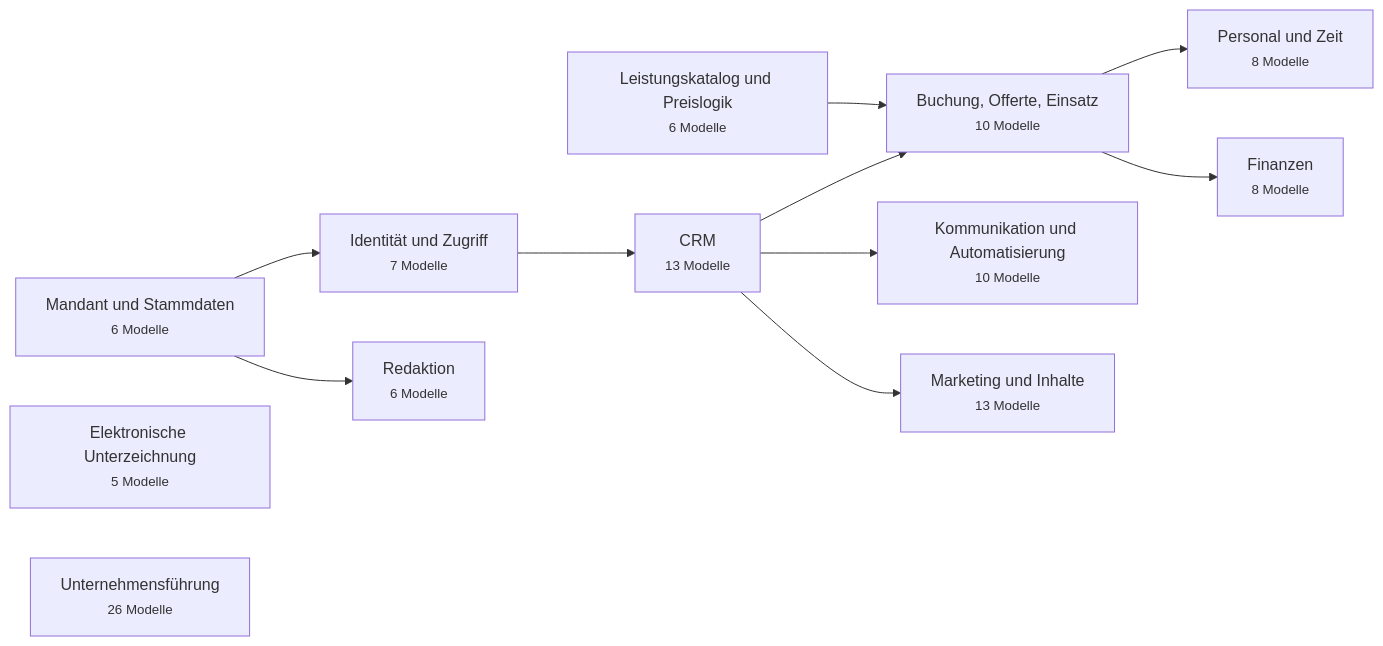
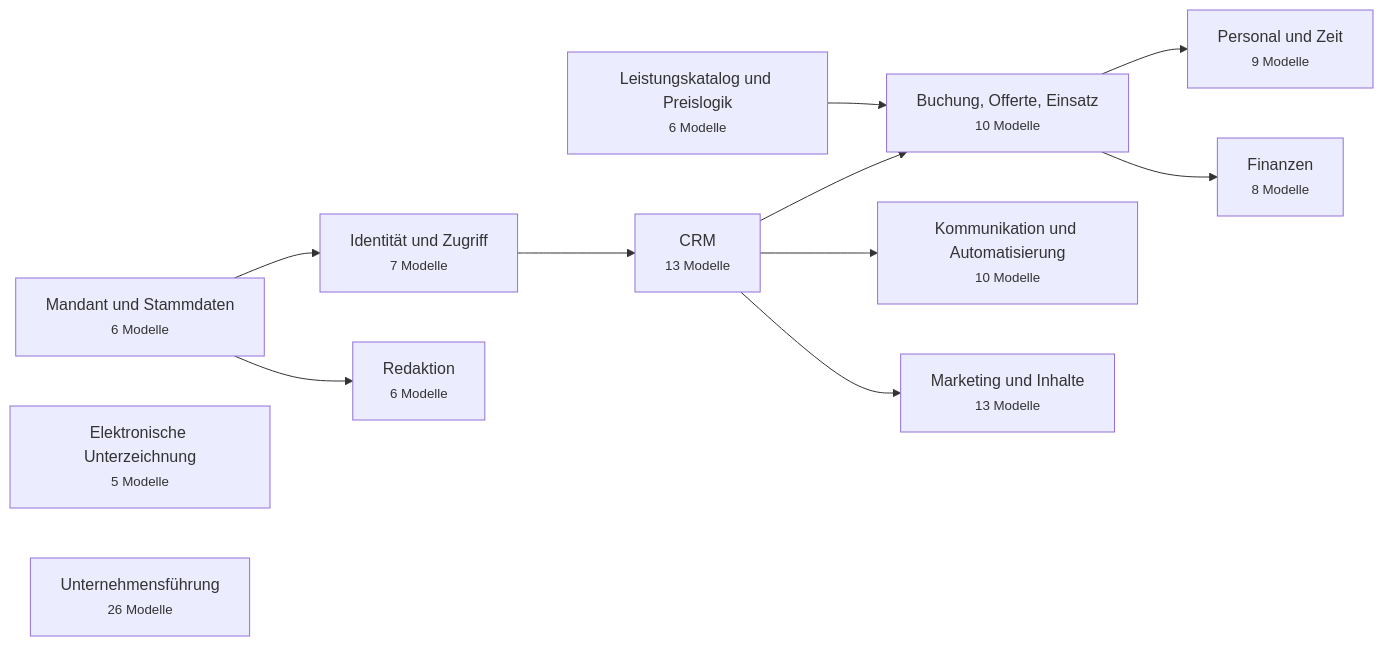
One commit to javadqasemi/Clenaris changed the first of 13 diagrams in docs/DATABASE.md. Above: the diagram before and after it, drawn with Mermaid. The commit also changed other lines of this file and 4 other files, not shown here.

````diff
--- a/docs/DATABASE.md
+++ b/docs/DATABASE.md
@@ -36,24 +36,24 @@
 ```mermaid
 flowchart LR
   stammdaten["Mandant und Stammdaten<br/><small>6 Modelle</small>"]
   identitaet["Identität und Zugriff<br/><small>7 Modelle</small>"]
   signatur["Elektronische Unterzeichnung<br/><small>5 Modelle</small>"]
   crm["CRM<br/><small>13 Modelle</small>"]
   katalog["Leistungskatalog und Preislogik<br/><small>6 Modelle</small>"]
   auftrag["Buchung, Offerte, Einsatz<br/><small>10 Modelle</small>"]
-  personal["Personal und Zeit<br/><small>8 Modelle</small>"]
+  personal["Personal und Zeit<br/><small>9 Modelle</small>"]
   finanzen["Finanzen<br/><small>8 Modelle</small>"]
   kommunikation["Kommunikation und Automatisierung<br/><small>10 Modelle</small>"]
   marketing["Marketing und Inhalte<br/><small>13 Modelle</small>"]
   redaktion["Redaktion<br/><small>6 Modelle</small>"]
   fuehrung["Unternehmensführung<br/><small>26 Modelle</small>"]
   stammdaten --> identitaet
   identitaet --> crm
   crm --> auftrag
   katalog --> auftrag
   auftrag --> personal
   auftrag --> finanzen
   crm --> kommunikation
   crm --> marketing
   stammdaten --> redaktion
 ```
````
